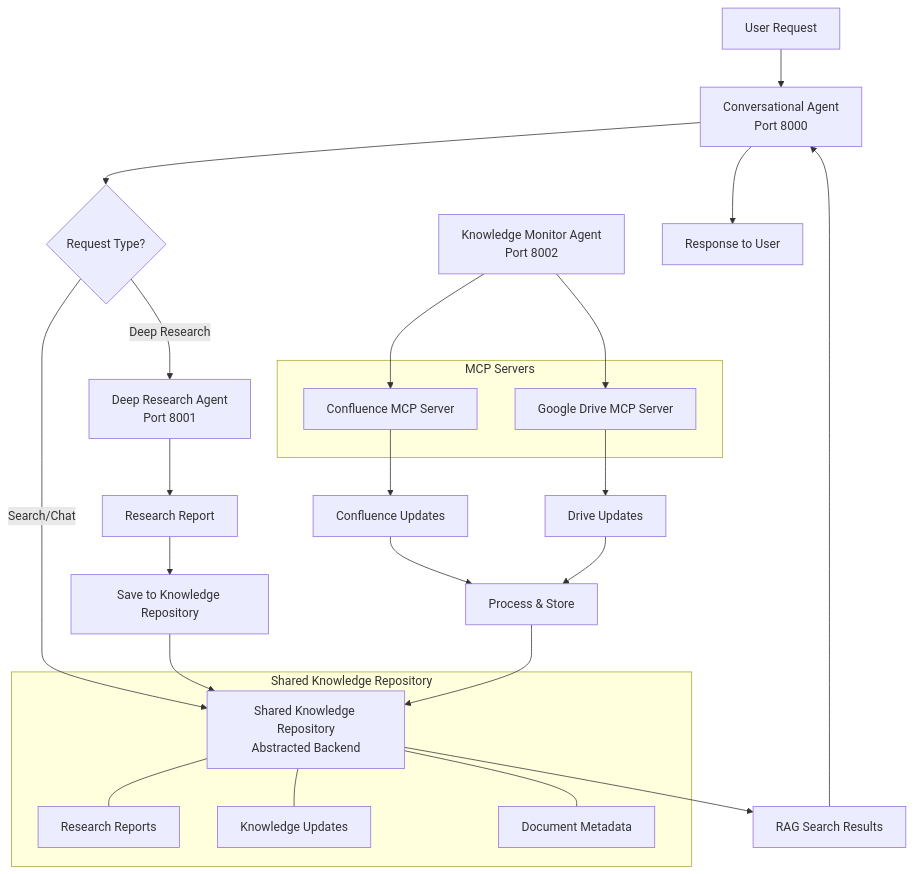
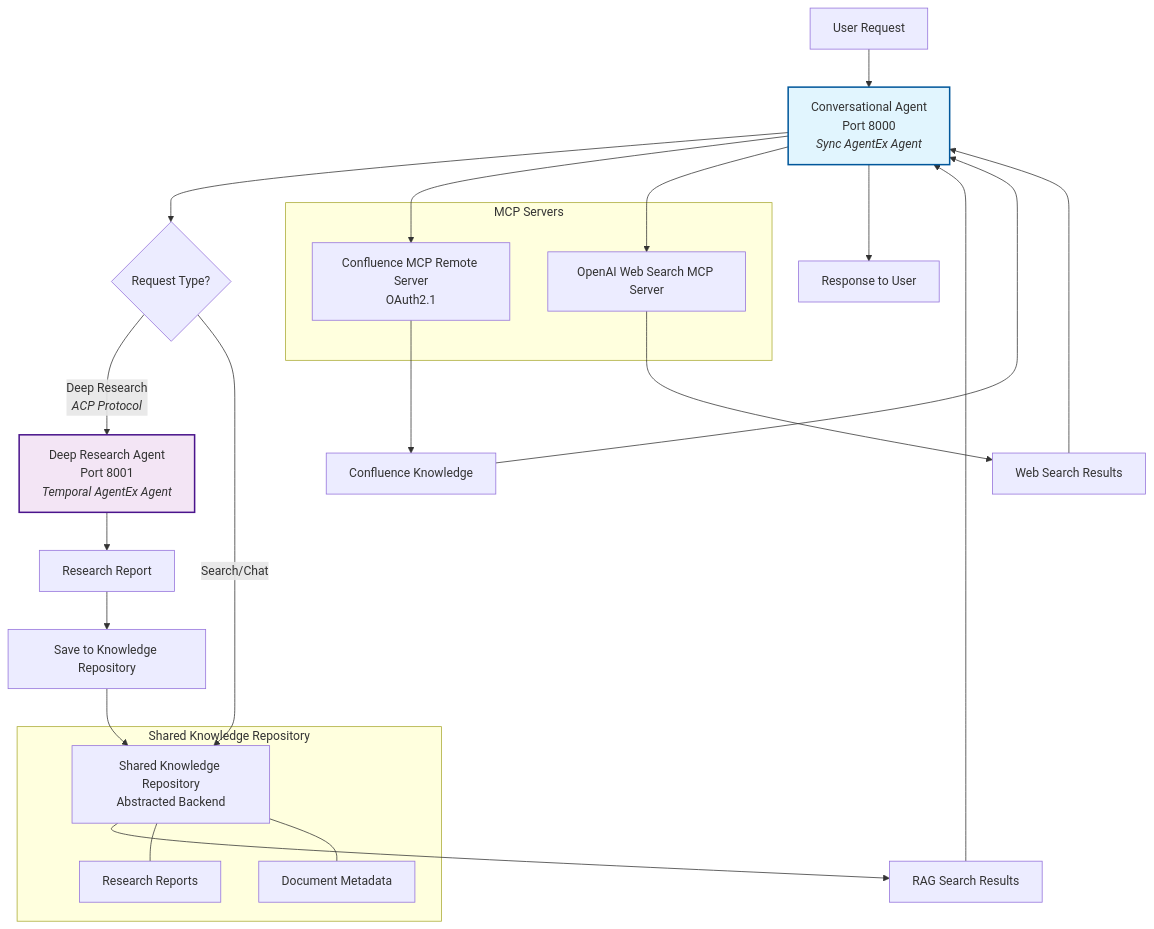
One commit to scaleapi/scale-agentex-python changed the diagram in examples/wmt/knowledge_orchestration_hub/README.md. Above: the diagram before and after it, drawn with Mermaid. The commit also changed other lines of this file and 1 other file, not shown here.

Commit message:
Update README diagrams

````diff
--- a/examples/wmt/knowledge_orchestration_hub/README.md
+++ b/examples/wmt/knowledge_orchestration_hub/README.md
@@ -7,41 +7,43 @@
 ```mermaid
 graph TD
-    A[User Request] --> B[Conversational Agent<br/>Port 8000]
+    A[User Request] --> B[Conversational Agent<br/>Port 8000<br/><i>Sync AgentEx Agent</i>]
     B --> C{Request Type?}
 
-    C -->|Deep Research| D[Deep Research Agent<br/>Port 8001]
+    C -->|Deep Research<br/><i>ACP Protocol</i>| D[Deep Research Agent<br/>Port 8001<br/><i>Temporal AgentEx Agent</i>]
     C -->|Search/Chat| E[Shared Knowledge Repository<br/>Abstracted Backend]
 
     D --> F[Research Report]
     F --> G[Save to Knowledge Repository]
     G --> E
 
-    H[Knowledge Monitor Agent<br/>Port 8002] --> I[Confluence MCP Server]
-    H --> J[Google Drive MCP Server]
+    B --> H[Confluence MCP Remote Server<br/>OAuth2.1]
+    B --> I[OpenAI Web Search MCP Server]
 
-    I --> K[Confluence Updates]
-    J --> L[Drive Updates]
+    H --> J[Confluence Knowledge]
+    I --> K[Web Search Results]
 
-    K --> M[Process & Store]
-    L --> M
-    M --> E
-
-    E --> N[RAG Search Results]
-    N --> B
-    B --> O[Response to User]
+    E --> L[RAG Search Results]
+    L --> B
+    J --> B
+    K --> B
+    B --> M[Response to User]
 
     subgraph "Shared Knowledge Repository"
         E
-        P[Research Reports]
-        Q[Knowledge Updates]
-        R[Document Metadata]
-        E --- P
-        E --- Q
-        E --- R
+        N[Research Reports]
+        O[Document Metadata]
+        E --- N
+        E --- O
     end
 
     subgraph "MCP Servers"
+        H
         I
-        J
     end
+
+    classDef syncAgent fill:#e1f5fe,stroke:#01579b,stroke-width:2px;
+    classDef temporalAgent fill:#f3e5f5,stroke:#4a148c,stroke-width:2px;
+
+    class B syncAgent;
+    class D temporalAgent;
 ```
````
